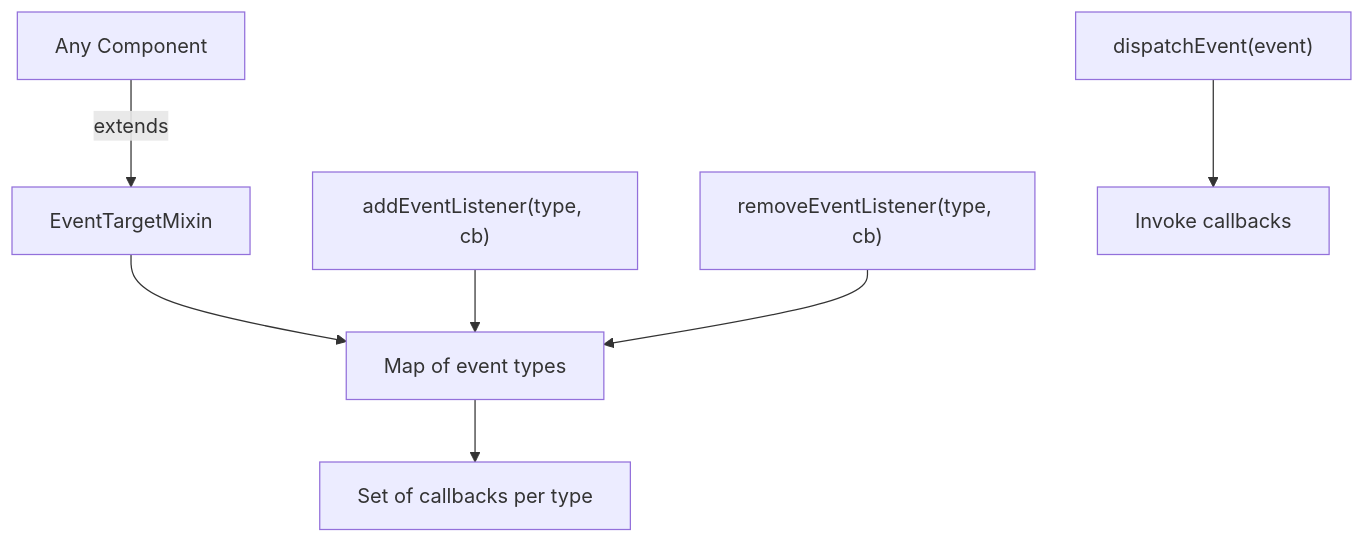
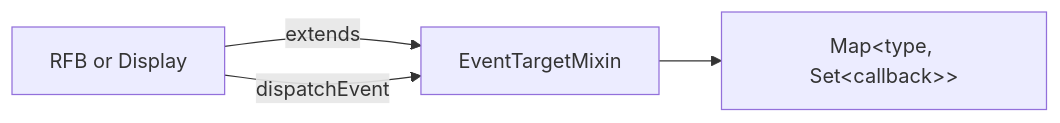
Before and after one commit to Ylianst/MeshCentral: the fourth of 6 diagrams in docs/reference/architecture/utility/utility.md, drawn with Mermaid. The commit also changed other lines of this file and 642 other files, not shown here.

````diff
--- a/docs/reference/architecture/utility/utility.md
+++ b/docs/reference/architecture/utility/utility.md
@@ -153,10 +178,6 @@
 ```mermaid
-flowchart TD
-    Component["Any Component"] -->|"extends"| EventTarget["EventTargetMixin"]
-    EventTarget --> Map["Map of event types"]
-    Map --> Set["Set of callbacks per type"]
-
-    Add["addEventListener(type, cb)"] --> Map
-    Remove["removeEventListener(type, cb)"] --> Map
-    Dispatch["dispatchEvent(event)"] --> Callbacks["Invoke callbacks"]
+flowchart LR
+    Component["RFB or Display"] -->|"extends"| EventMixin["EventTargetMixin"]
+    EventMixin --> Listeners["Map&lt;type, Set&lt;callback&gt;&gt;"]
+    Component -->|"dispatchEvent"| EventMixin
 ```
````
